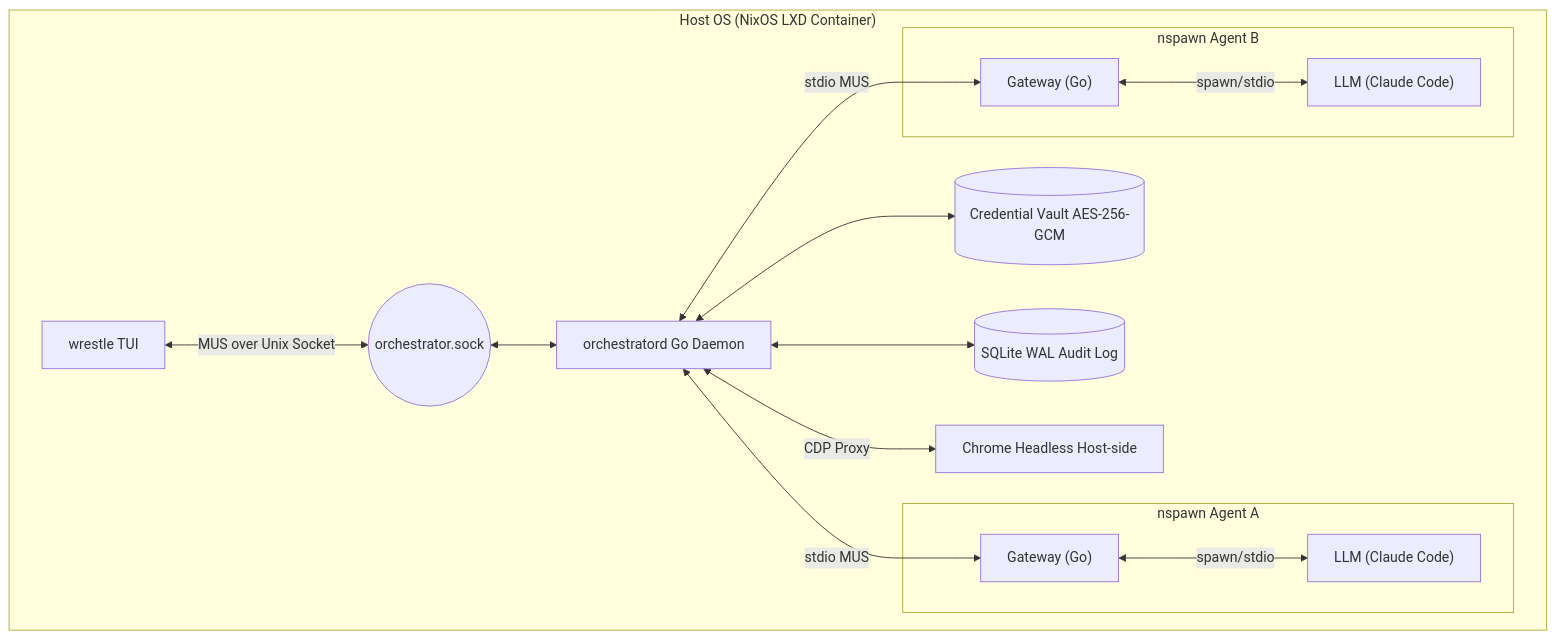
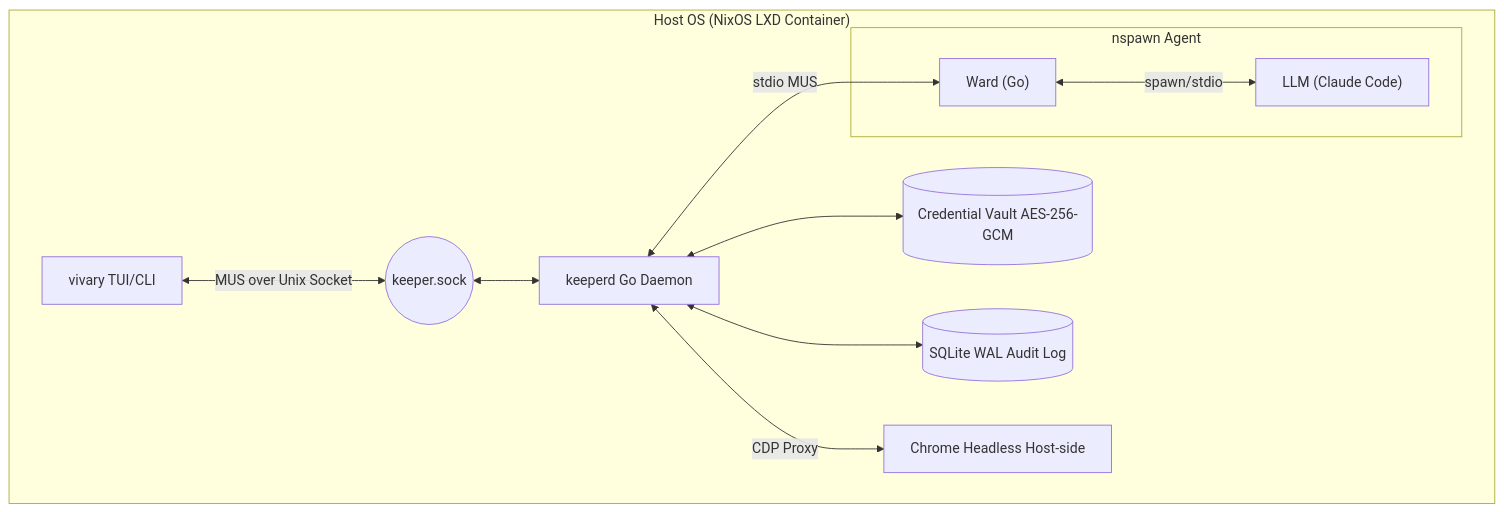
Before and after one commit to AgenticWrestling/vivary: the first of 2 diagrams in DESIGN.md, drawn with Mermaid. The commit also changed other lines of this file and 11 other files, not shown here.

````diff
--- a/DESIGN.md
+++ b/DESIGN.md
@@ -7,32 +7,24 @@
 ```mermaid
 graph TD
     subgraph "Host OS (NixOS LXD Container)"
-        TUI[wrestle TUI]
-        SOCK((orchestrator.sock))
-        DAEMON[orchestratord Go Daemon]
+        TUI[vivary TUI/CLI]
+        SOCK((keeper.sock))
+        DAEMON[keeperd Go Daemon]
         CHROME[Chrome Headless Host-side]
         VAULT[(Credential Vault AES-256-GCM)]
         LOGS[(SQLite WAL Audit Log)]
 
         TUI <-->|MUS over Unix Socket| SOCK
         SOCK <--> DAEMON
         DAEMON <--> VAULT
         DAEMON <--> LOGS
         DAEMON <-->|CDP Proxy| CHROME
 
-        subgraph "nspawn Agent A"
-            GA["Gateway (Go)"]
+        subgraph "nspawn Agent"
+            WA["Ward (Go)"]
             LA["LLM (Claude Code)"]
-            GA <-->|spawn/stdio| LA
+            WA <-->|spawn/stdio| LA
         end
-
-        subgraph "nspawn Agent B"
-            GB["Gateway (Go)"]
-            LB["LLM (Claude Code)"]
-            GB <-->|spawn/stdio| LB
-        end
-
-        DAEMON <-->|stdio MUS| GA
-        DAEMON <-->|stdio MUS| GB
+        DAEMON <-->|stdio MUS| WA
     end
 ```
````
